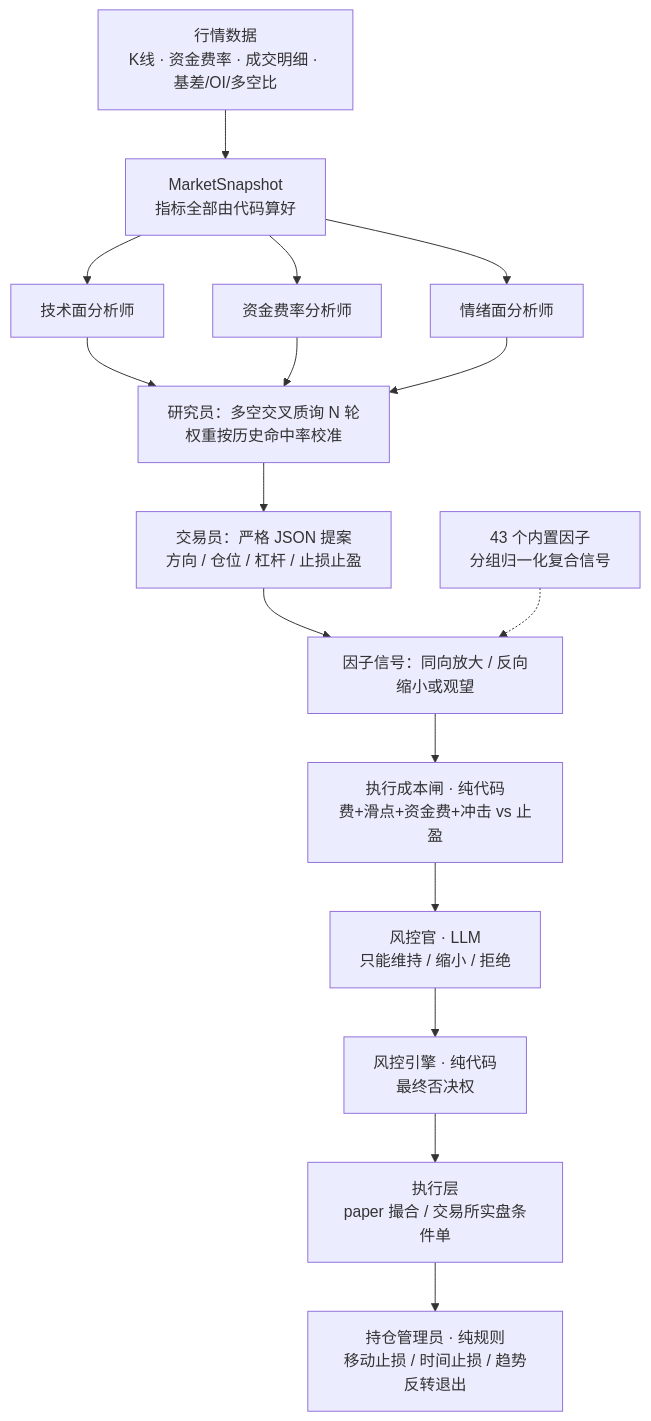
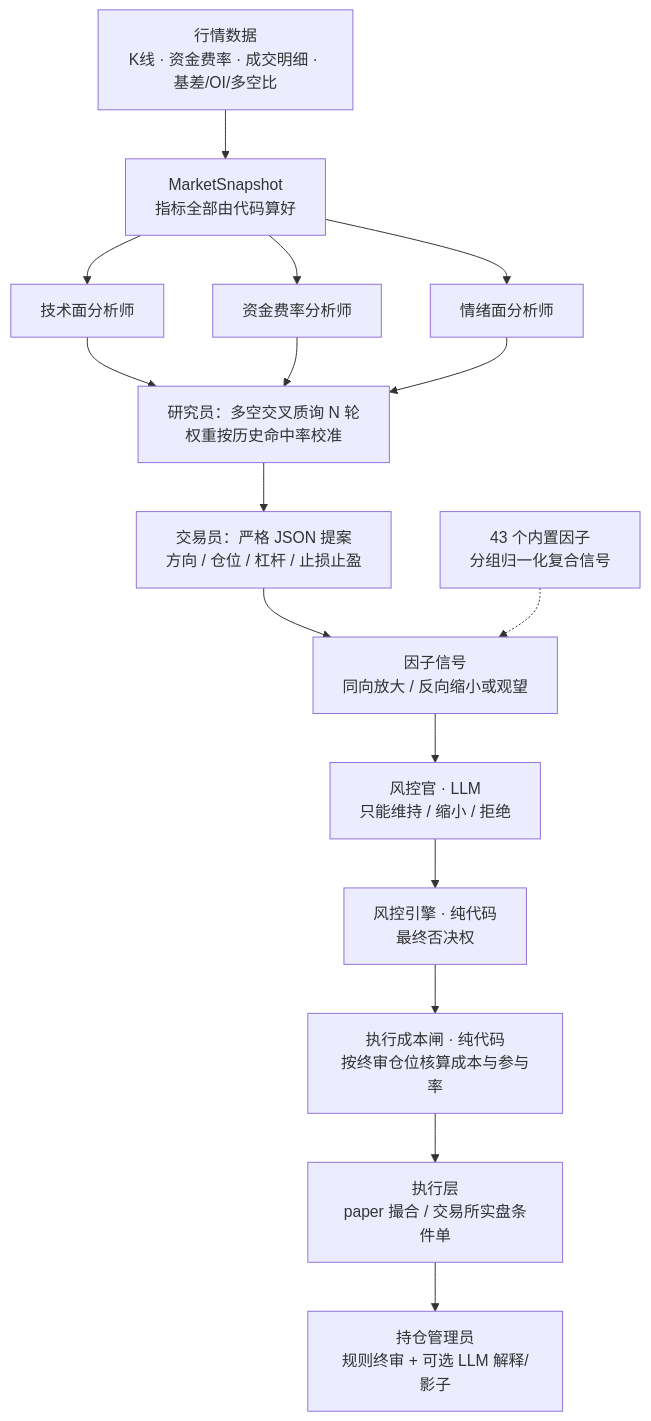
The diagram in README.md (QeeLin-AI/qeelin-agent), drawn with Mermaid before and after one commit. The commit also changed other lines of this file and 6 other files, not shown here.

````diff
--- a/README.md
+++ b/README.md
@@ -74,18 +87,18 @@
 ```mermaid
 flowchart TD
     DATA[行情数据<br/>K线 · 资金费率 · 成交明细 · 基差/OI/多空比] --> SNAP[MarketSnapshot<br/>指标全部由代码算好]
     SNAP --> A1[技术面分析师]
     SNAP --> A2[资金费率分析师]
     SNAP --> A3[情绪面分析师]
     A1 --> DEB[研究员：多空交叉质询 N 轮<br/>权重按历史命中率校准]
     A2 --> DEB
     A3 --> DEB
     DEB --> TR[交易员：严格 JSON 提案<br/>方向 / 仓位 / 杠杆 / 止损止盈]
-    TR --> FS[因子信号：同向放大 / 反向缩小或观望]
+    TR --> FS[因子信号<br/>同向放大 / 反向缩小或观望]
     LIB[43 个内置因子<br/>分组归一化复合信号] -.-> FS
-    FS --> COST[执行成本闸 · 纯代码<br/>费+滑点+资金费+冲击 vs 止盈]
-    COST --> RO[风控官 · LLM<br/>只能维持 / 缩小 / 拒绝]
+    FS --> RO[风控官 · LLM<br/>只能维持 / 缩小 / 拒绝]
     RO --> RE[风控引擎 · 纯代码<br/>最终否决权]
-    RE --> EXEC[执行层<br/>paper 撮合 / 交易所实盘条件单]
-    EXEC --> PM[持仓管理员 · 纯规则<br/>移动止损 / 时间止损 / 趋势反转退出]
+    RE --> COST[执行成本闸 · 纯代码<br/>按终审仓位核算成本与参与率]
+    COST --> EXEC[执行层<br/>paper 撮合 / 交易所实盘条件单]
+    EXEC --> PM[持仓管理员<br/>规则终审 + 可选 LLM 解释/影子]
 ```
````
